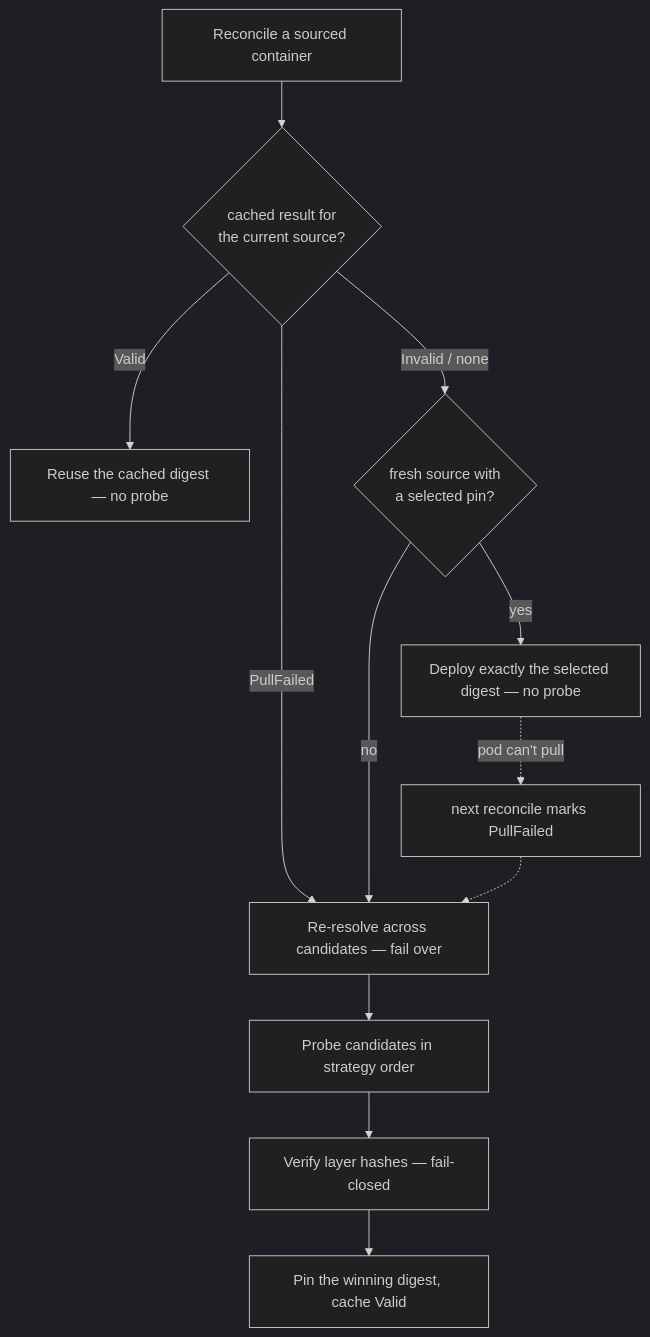
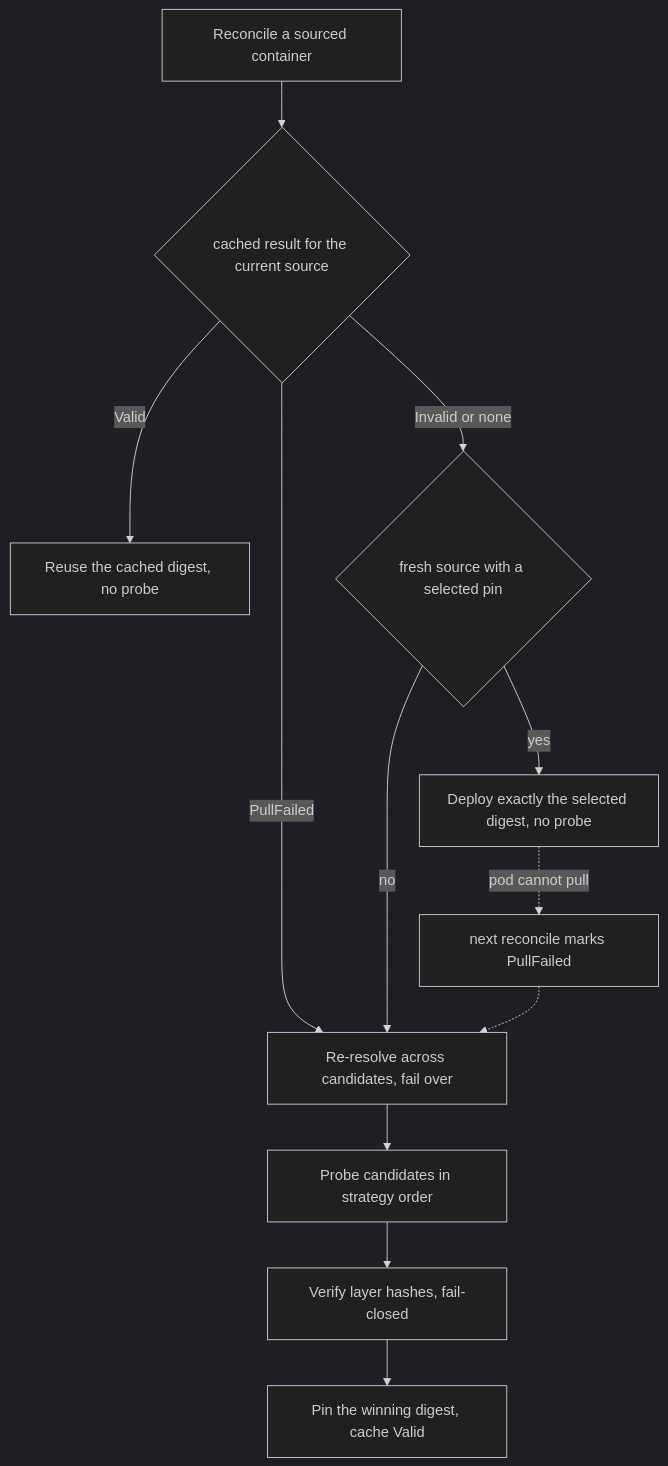
The second of 2 diagrams in docs/design/multi-registry-image-sources.md (hashgraph/solo-operator), drawn with Mermaid (dark theme) before and after one commit. The commit also changed other lines of this file, not shown here.

Commit message:
docs(design): fix mermaid diagrams (semicolons, aliases, special chars)

````diff
--- a/docs/design/multi-registry-image-sources.md
+++ b/docs/design/multi-registry-image-sources.md
@@ -99,14 +99,14 @@
 ```mermaid
 flowchart TD
-    A[Reconcile a sourced container] --> B{cached result for<br/>the current source?}
-    B -- Valid --> G[Reuse the cached digest — no probe]
-    B -- PullFailed --> E[Re-resolve across candidates — fail over]
-    B -- "Invalid / none" --> C{fresh source with<br/>a selected pin?}
-    C -- yes --> D[Deploy exactly the selected digest — no probe]
+    A[Reconcile a sourced container] --> B{cached result for the current source}
+    B -- Valid --> G[Reuse the cached digest, no probe]
+    B -- PullFailed --> E[Re-resolve across candidates, fail over]
+    B -- Invalid or none --> C{fresh source with a selected pin}
+    C -- yes --> D[Deploy exactly the selected digest, no probe]
     C -- no --> E
     E --> H[Probe candidates in strategy order]
-    H --> I[Verify layer hashes — fail-closed]
+    H --> I[Verify layer hashes, fail-closed]
     I --> J[Pin the winning digest, cache Valid]
-    D -. pod can't pull .-> P[next reconcile marks PullFailed]
+    D -. pod cannot pull .-> P[next reconcile marks PullFailed]
     P -.-> E
 ```
````
